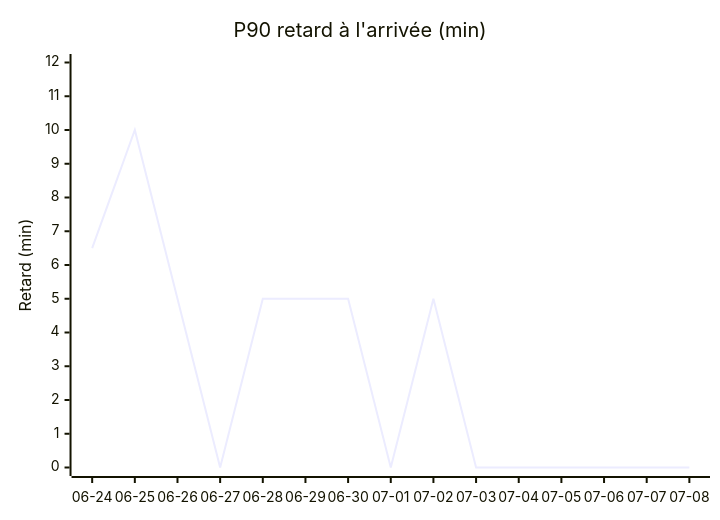
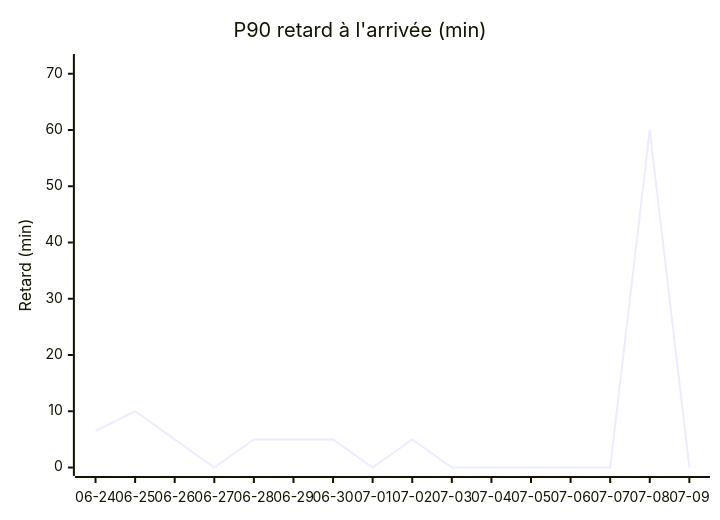
The first of 4 diagrams in STATS.md (antoinerep/horaire-ter), drawn with Mermaid before and after one commit. The commit also changed other lines of this file and 1 other file, not shown here.

````diff
--- a/STATS.md
+++ b/STATS.md
@@ -29,7 +29,7 @@
 ```mermaid
 xychart-beta
     title "P90 retard à l'arrivée (min)"
-    x-axis ["06-24", "06-25", "06-26", "06-27", "06-28", "06-29", "06-30", "07-01", "07-02", "07-03", "07-04", "07-05", "07-06", "07-07", "07-08"]
-    y-axis "Retard (min)" 0 --> 12
-    line [6.5, 10.0, 5.0, 0.0, 5.0, 5.0, 5.0, 0.0, 5.0, 0.0, 0.0, 0.0, 0.0, 0.0, 0.0]
+    x-axis ["06-24", "06-25", "06-26", "06-27", "06-28", "06-29", "06-30", "07-01", "07-02", "07-03", "07-04", "07-05", "07-06", "07-07", "07-08", "07-09"]
+    y-axis "Retard (min)" 0 --> 72
+    line [6.5, 10.0, 5.0, 0.0, 5.0, 5.0, 5.0, 0.0, 5.0, 0.0, 0.0, 0.0, 0.0, 0.0, 60.0, 0.0]
 ```
````
